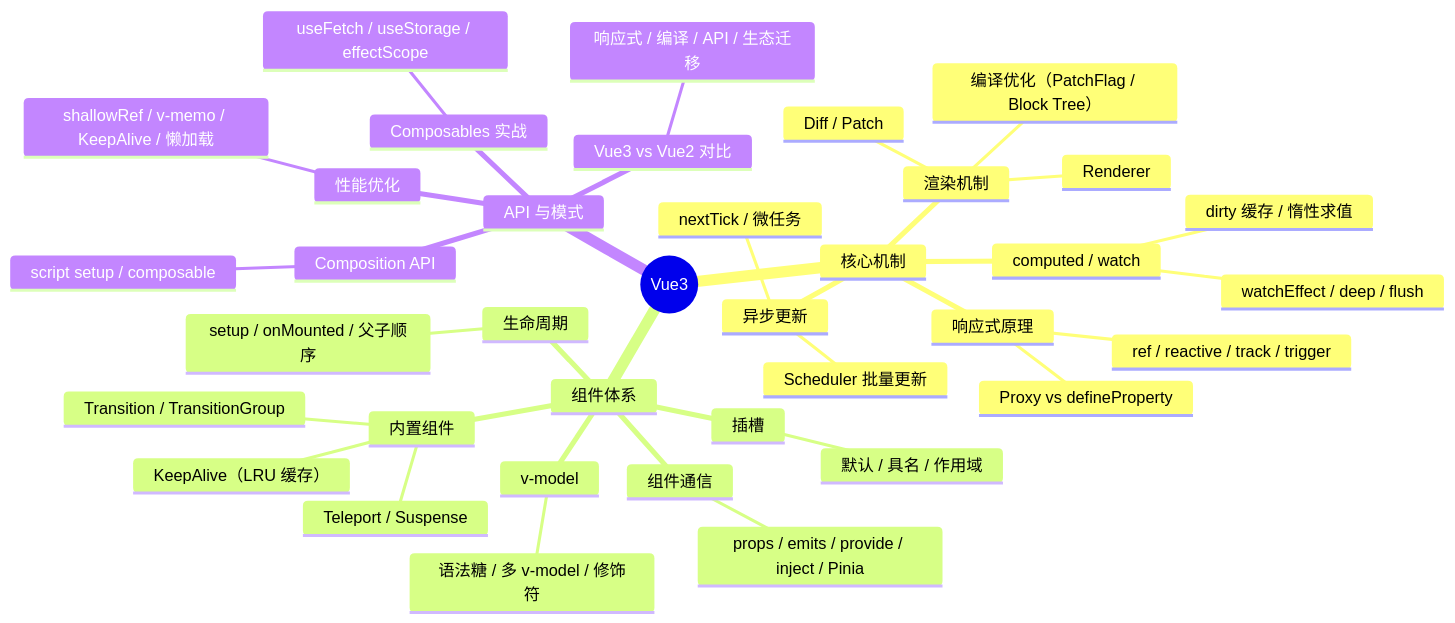
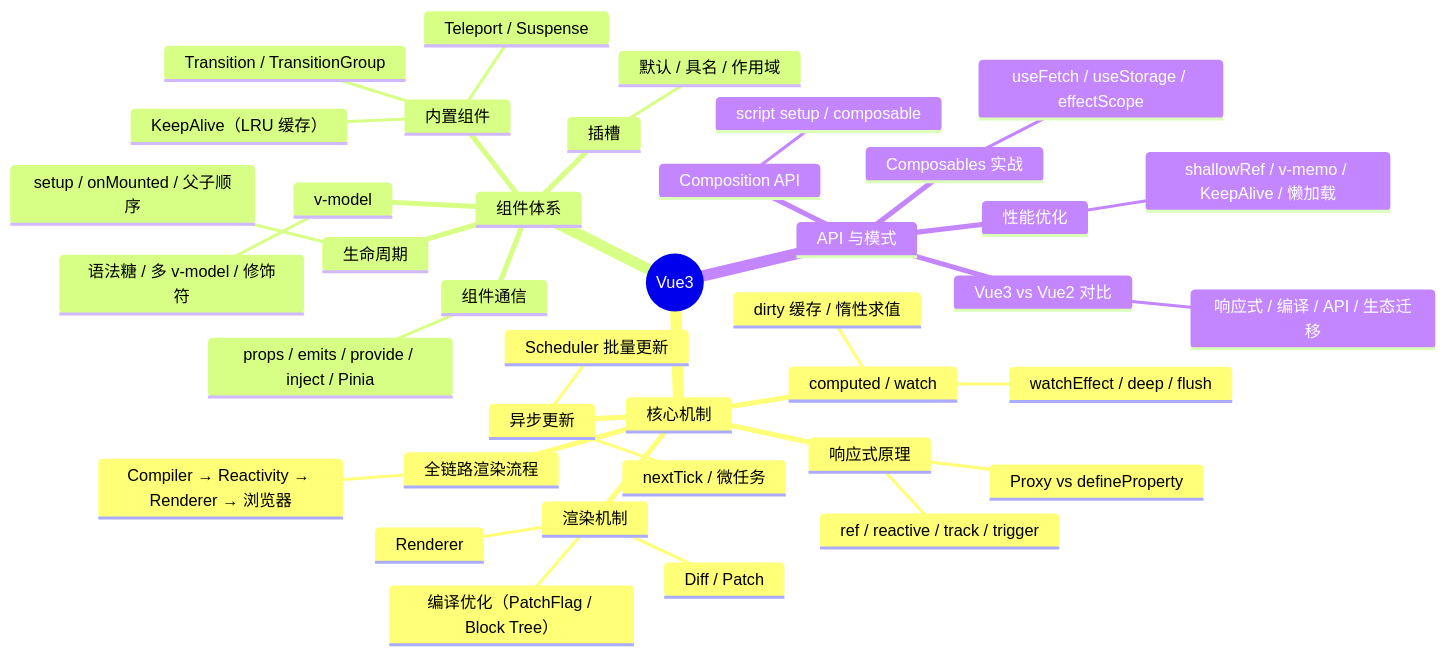
The diagram in docs/Vue3/index.md (zjh42139/interview-notes), drawn with Mermaid before and after one commit. The commit also changed other lines of this file and 3 other files, not shown here.

````diff
--- a/docs/Vue3/index.md
+++ b/docs/Vue3/index.md
@@ -13,40 +13,42 @@
 ```mermaid
 mindmap
   root((Vue3))
     核心机制
       响应式原理
         Proxy vs defineProperty
         ref / reactive / track / trigger
       computed / watch
         dirty 缓存 / 惰性求值
         watchEffect / deep / flush
       异步更新
         nextTick / 微任务
         Scheduler 批量更新
       渲染机制
         Diff / Patch
         Renderer
         编译优化（PatchFlag / Block Tree）
+      全链路渲染流程
+        Compiler → Reactivity → Renderer → 浏览器
     组件体系
       组件通信
         props / emits / provide / inject / Pinia
       v-model
         语法糖 / 多 v-model / 修饰符
       插槽
         默认 / 具名 / 作用域
       生命周期
         setup / onMounted / 父子顺序
       内置组件
         KeepAlive（LRU 缓存）
         Teleport / Suspense
         Transition / TransitionGroup
     API 与模式
       Composition API
         script setup / composable
       Composables 实战
         useFetch / useStorage / effectScope
       Vue3 vs Vue2 对比
         响应式 / 编译 / API / 生态迁移
       性能优化
         shallowRef / v-memo / KeepAlive / 懒加载
 ```
````
